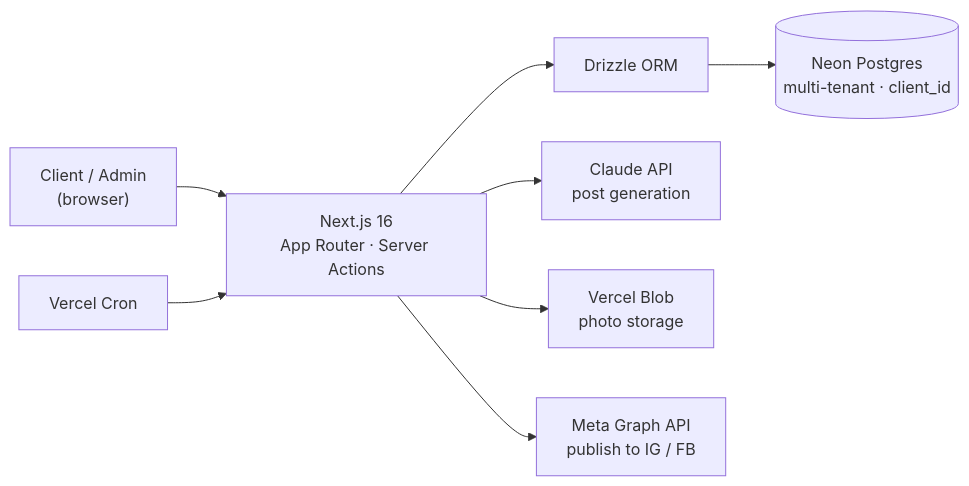
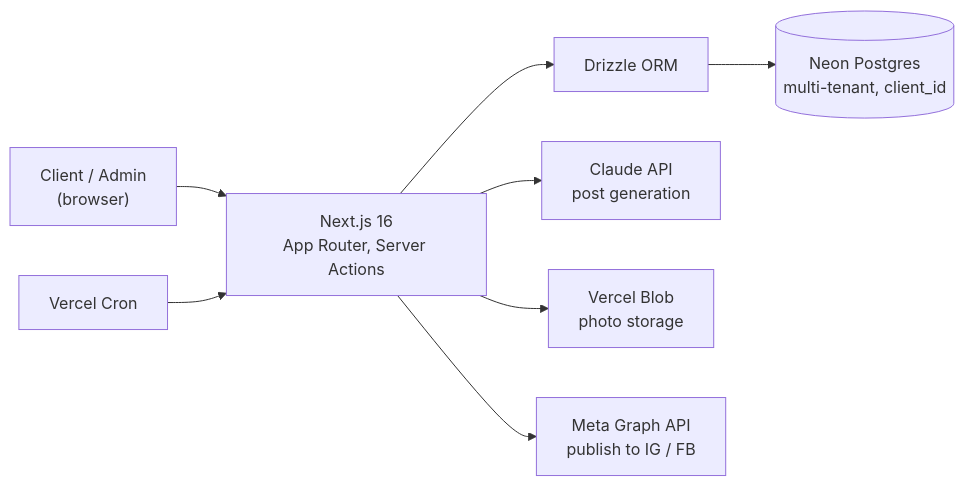
Before and after one commit to stefanbogdanmda/postje: the first of 2 diagrams in README.md, drawn with Mermaid. The commit also changed other lines of this file, not shown here.

Commit message:
docs: use ASCII separators in Mermaid diagrams for reliable rendering

````diff
--- a/README.md
+++ b/README.md
@@ -40,9 +40,9 @@
 ```mermaid
 flowchart LR
-    Client["Client / Admin<br/>(browser)"] --> Next["Next.js 16<br/>App Router · Server Actions"]
-    Next --> Drizzle["Drizzle ORM"] --> Neon[("Neon Postgres<br/>multi-tenant · client_id")]
+    Client["Client / Admin<br/>(browser)"] --> Next["Next.js 16<br/>App Router, Server Actions"]
+    Next --> Drizzle["Drizzle ORM"] --> Neon[("Neon Postgres<br/>multi-tenant, client_id")]
     Next --> Claude["Claude API<br/>post generation"]
     Next --> Blob["Vercel Blob<br/>photo storage"]
     Cron["Vercel Cron"] --> Next
     Next --> Meta["Meta Graph API<br/>publish to IG / FB"]
 ```
````
